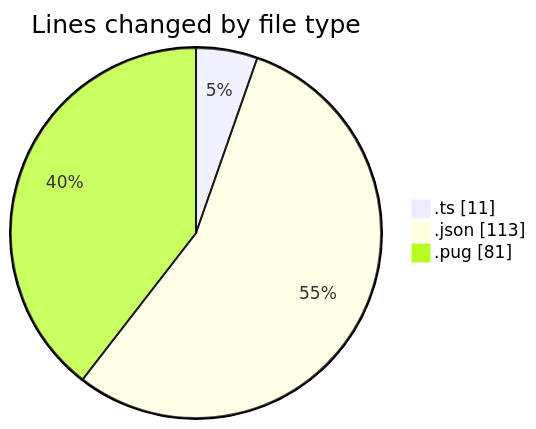
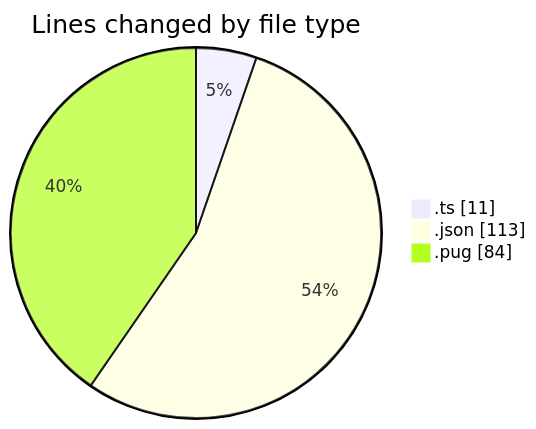
One commit to momahboobian/code-tracking changed the first of 2 diagrams in 2025-02-24/cda/README.md. Above: the diagram before and after it, drawn with Mermaid. The commit also changed other lines of this file and 1 other file, not shown here.

````diff
--- a/2025-02-24/cda/README.md
+++ b/2025-02-24/cda/README.md
@@ -27,7 +27,7 @@
 ```mermaid
 pie showData
 title Lines changed by file type
 ".ts" : 11
 ".json" : 113
-".pug" : 81
+".pug" : 84
 ```
````
